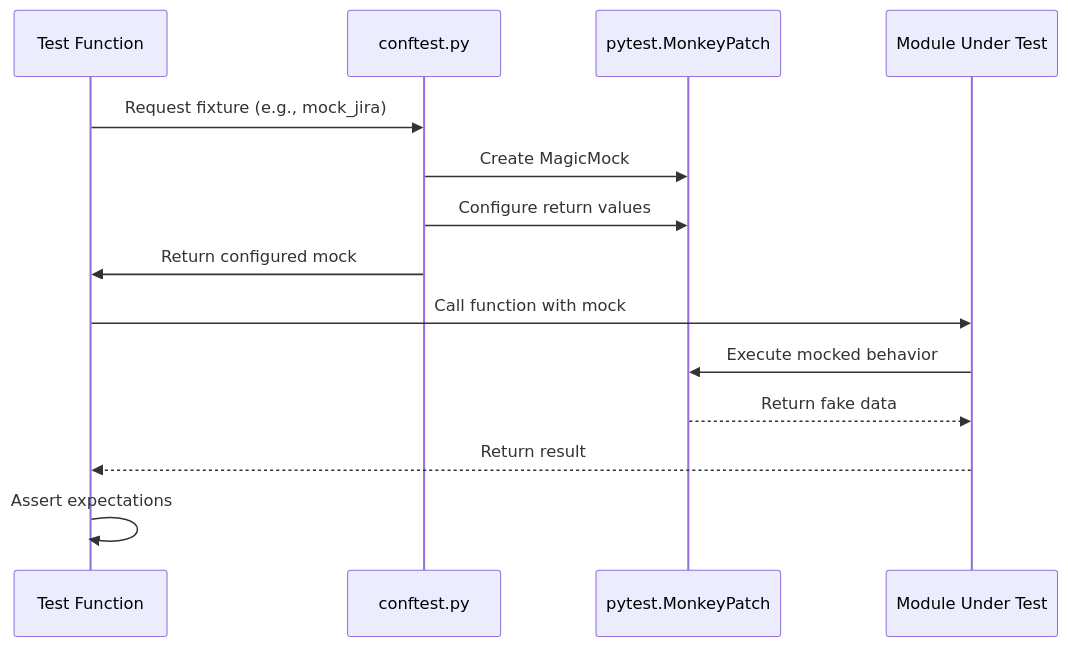
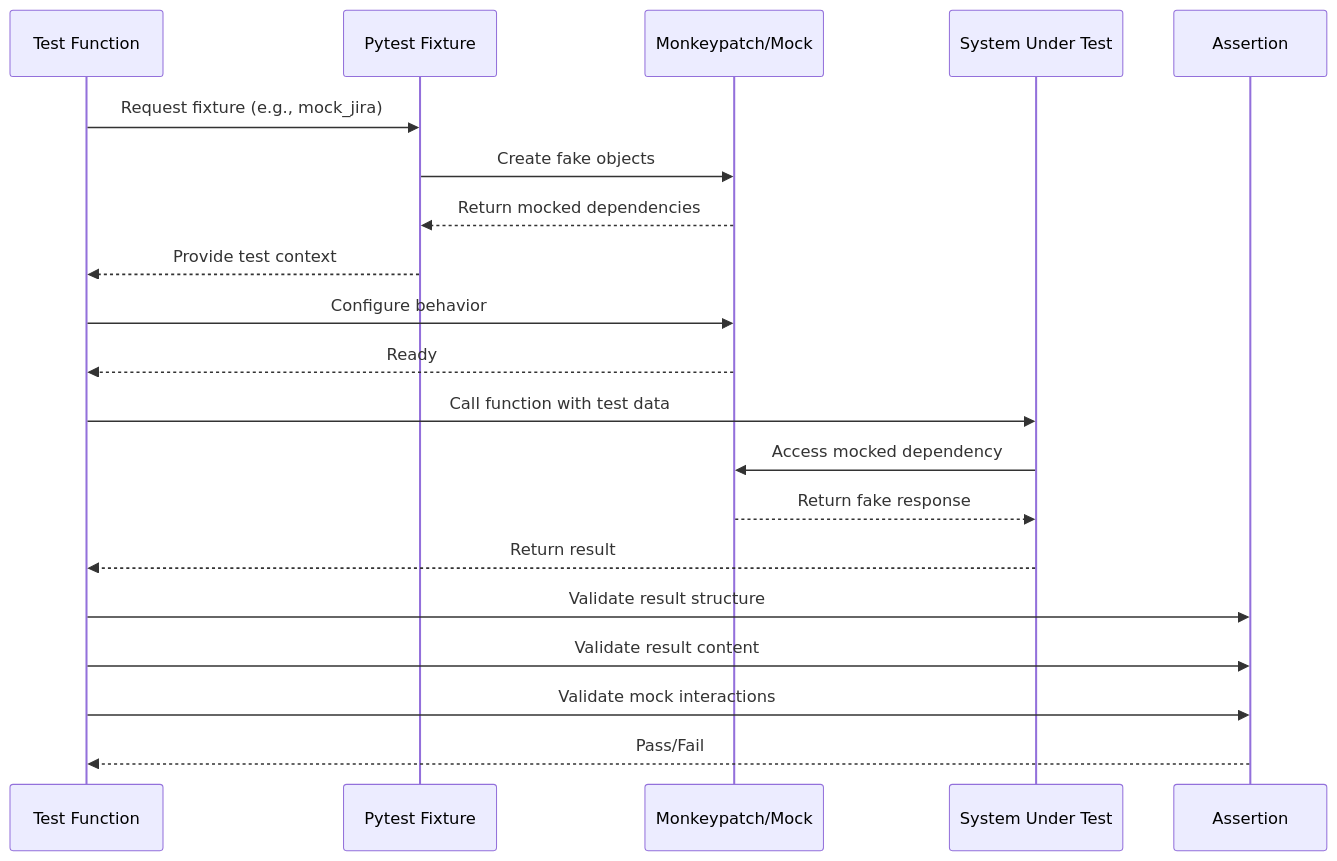
One commit to jmac-cornelis/agent-workforce changed the second of 4 diagrams in docs/tests.md. Above: the diagram before and after it, drawn with Mermaid. The commit also changed other lines of this file and 7 other files, not shown here.

````diff
--- a/docs/tests.md
+++ b/docs/tests.md
@@ -67,17 +89,26 @@
 ```mermaid
 sequenceDiagram
     participant Test as Test Function
-    participant Conftest as conftest.py
-    participant Monkeypatch as pytest.MonkeyPatch
-    participant Module as Module Under Test
+    participant Fixture as Pytest Fixture
+    participant Mock as Monkeypatch/Mock
+    participant SUT as System Under Test
+    participant Assert as Assertion
+
+    Test->>Fixture: Request fixture (e.g., mock_jira)
+    Fixture->>Mock: Create fake objects
+    Mock-->>Fixture: Return mocked dependencies
+    Fixture-->>Test: Provide test context
     
-    Test->>Conftest: Request fixture (e.g., mock_jira)
-    Conftest->>Monkeypatch: Create MagicMock
-    Conftest->>Monkeypatch: Configure return values
-    Conftest->>Test: Return configured mock
-    Test->>Module: Call function with mock
-    Module->>Monkeypatch: Execute mocked behavior
-    Monkeypatch-->>Module: Return fake data
-    Module-->>Test: Return result
-    Test->>Test: Assert expectations
+    Test->>Mock: Configure behavior
+    Mock-->>Test: Ready
+    
+    Test->>SUT: Call function with test data
+    SUT->>Mock: Access mocked dependency
+    Mock-->>SUT: Return fake response
+    SUT-->>Test: Return result
+    
+    Test->>Assert: Validate result structure
+    Test->>Assert: Validate result content
+    Test->>Assert: Validate mock interactions
+    Assert-->>Test: Pass/Fail
 ```
````
